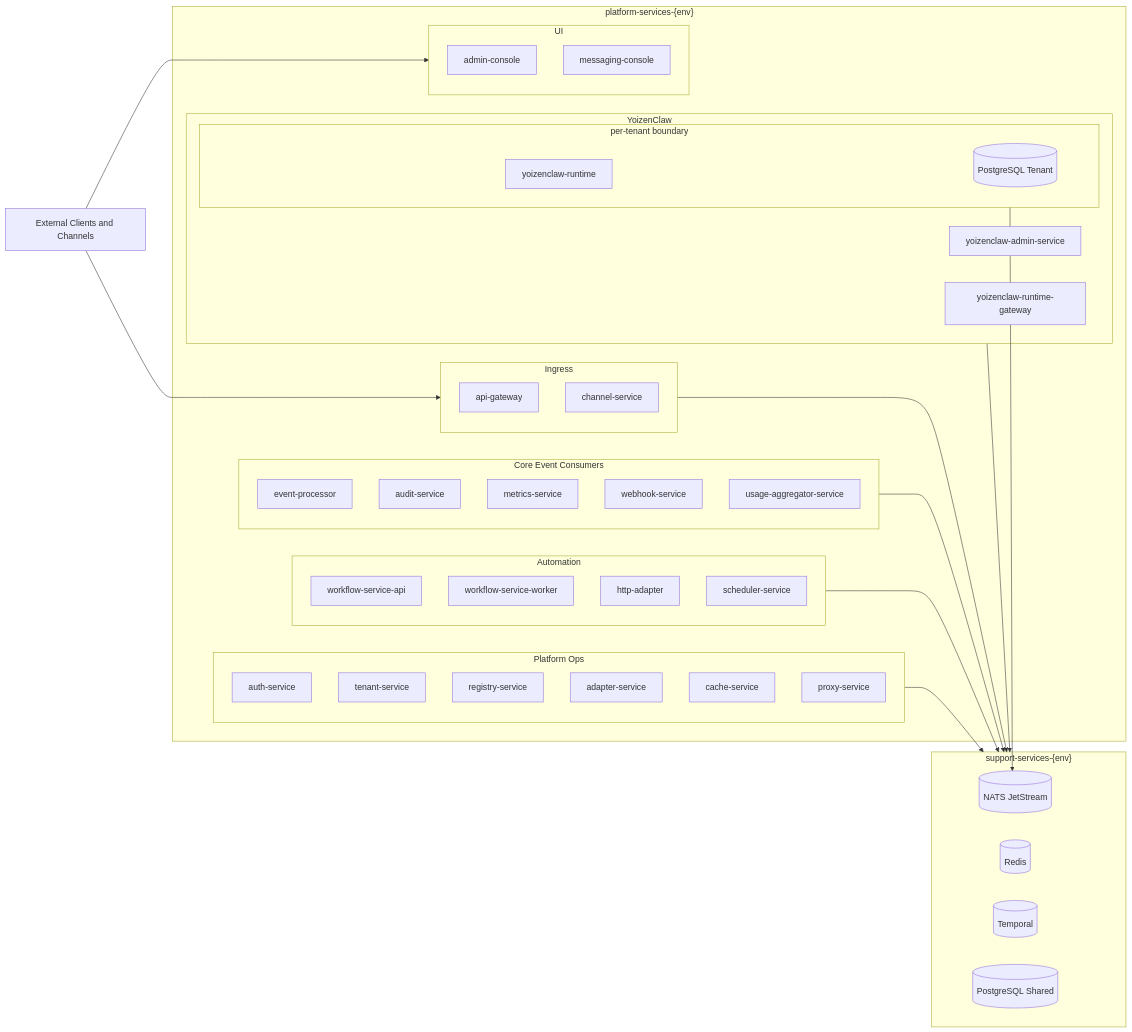
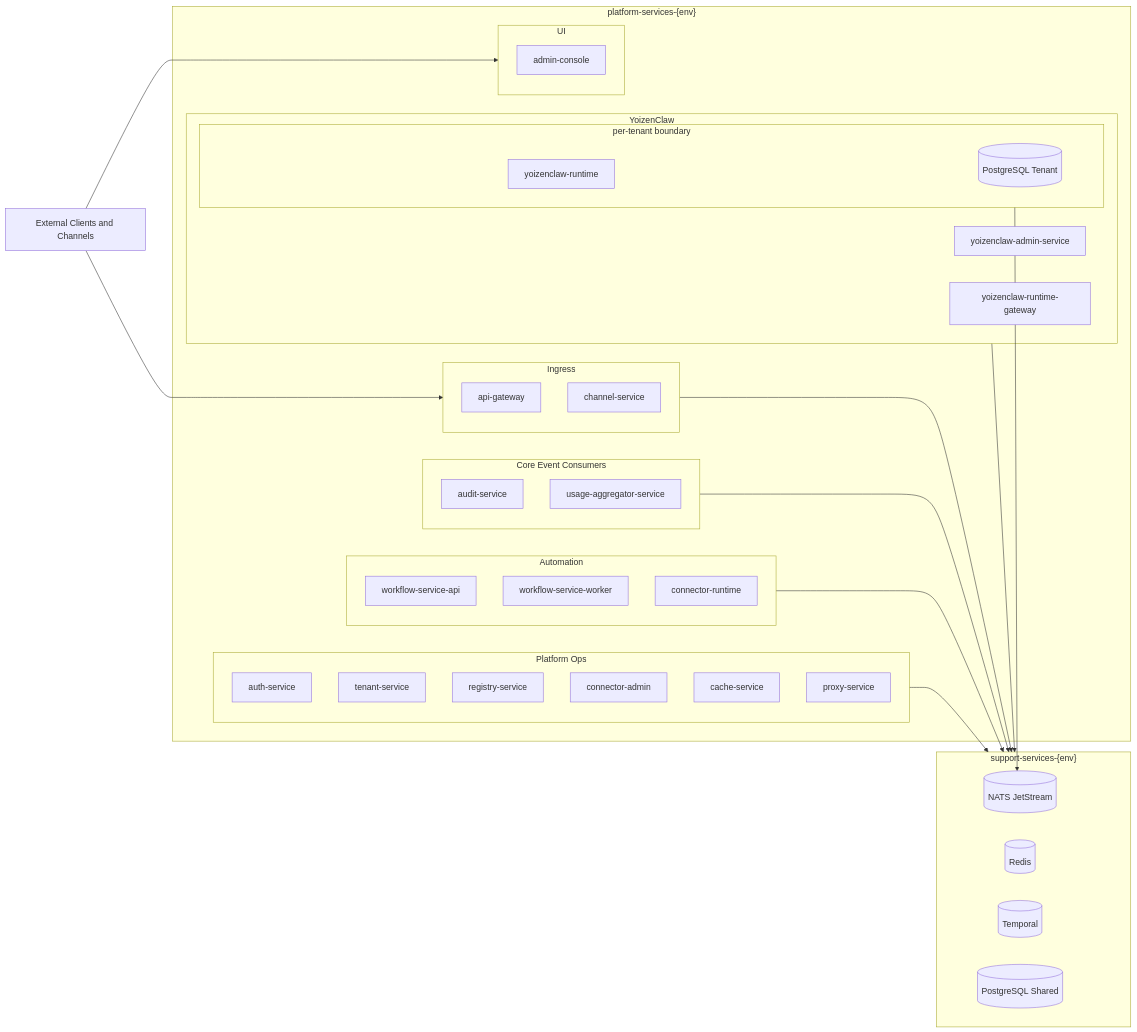
The first of 11 diagrams in DOCS/01-ARCHITECTURE.md (ccarnero/colloqui), drawn with Mermaid before and after one commit. The commit also changed other lines of this file and 418 other files, not shown here.

First line of the commit message:
Merged PR 3855: Remove services. Rename http-adapter/adapter-service. Update docs

````diff
--- a/DOCS/01-ARCHITECTURE.md
+++ b/DOCS/01-ARCHITECTURE.md
@@ -15,68 +15,63 @@
 ```mermaid
 flowchart LR
     ext[External Clients and Channels]
 
     subgraph support["support-services-{env}"]
         nats[(NATS JetStream)]
         redis[(Redis)]
         temporal[(Temporal)]
         pgs[(PostgreSQL Shared)]
     end
 
     subgraph platform["platform-services-{env}"]
         subgraph ingress[Ingress]
             gw[api-gateway]
             channel[channel-service]
         end
 
         subgraph core[Core Event Consumers]
-            ep[event-processor]
             audit[audit-service]
-            metrics[metrics-service]
-            webhook[webhook-service]
             usage[usage-aggregator-service]
         end
 
         subgraph automation[Automation]
             wapi[workflow-service-api]
             wworker[workflow-service-worker]
-            hadapter[http-adapter]
-            sched[scheduler-service]
+            connector[connector-runtime]
         end
 
         subgraph yz[YoizenClaw]
             yzadmin[yoizenclaw-admin-service]
             yzgateway[yoizenclaw-runtime-gateway]
             subgraph tenantBoundary["per-tenant boundary"]
                 yzruntime[yoizenclaw-runtime]
                 pgt[(PostgreSQL Tenant)]
             end
         end
 
         subgraph ops[Platform Ops]
             auth[auth-service]
             tenant[tenant-service]
             registry[registry-service]
-            adapter[adapter-service]
+            connectorAdmin[connector-admin]
             cache[cache-service]
             proxy[proxy-service]
         end
 
         subgraph ui[UI]
             admin[admin-console]
-            msg[messaging-console]
         end
     end
 
     ext --> ingress
     ext --> ui
 
     ingress --> support
     core --> support
     automation --> support
     yz --> support
     ops --> support
 
     tenantBoundary --> nats
     tenantBoundary --> pgt
 ```
````
